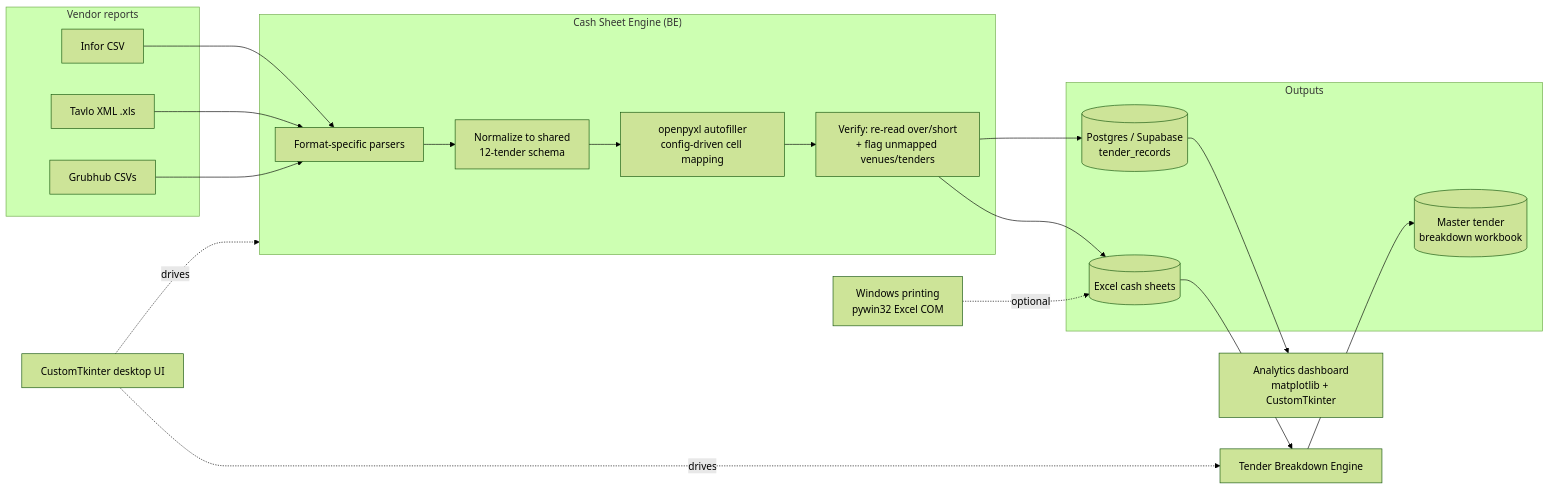
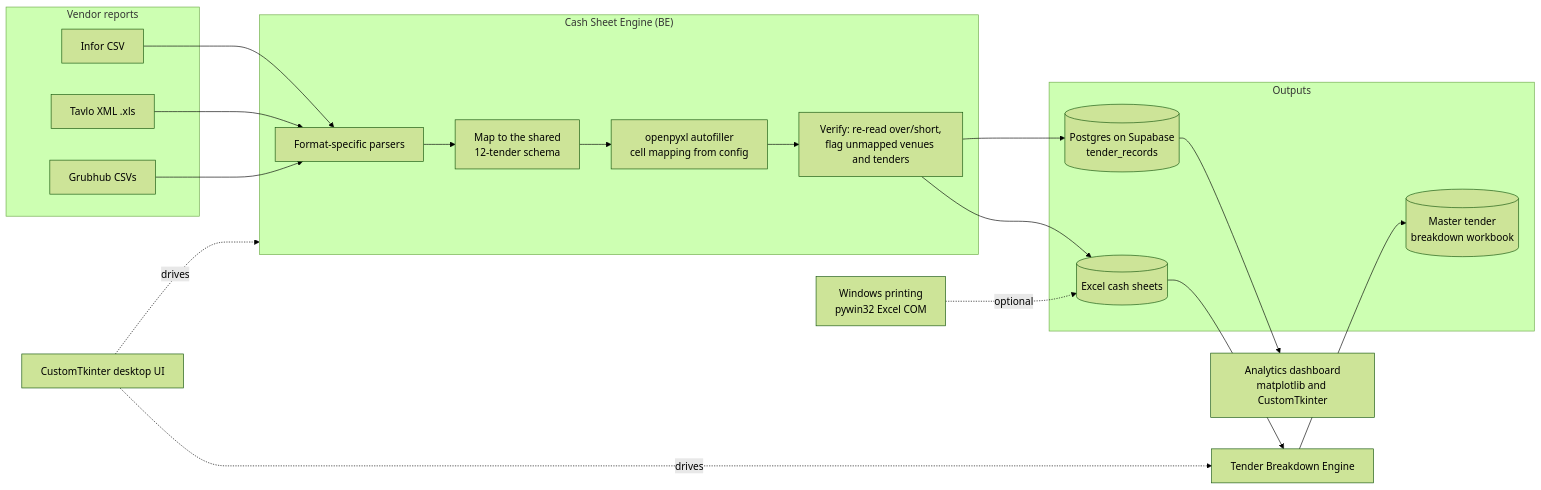
Before and after one commit to Seaw24/chartwells_automation: the diagram in README.md, drawn with Mermaid (forest theme). The commit also changed other lines of this file, not shown here.

````diff
--- a/README.md
+++ b/README.md
@@ -50,29 +54,29 @@
 ```mermaid
 flowchart LR
     subgraph Sources["Vendor reports"]
         I[Infor CSV]
         T[Tavlo XML .xls]
         G[Grubhub CSVs]
     end
 
     subgraph Engine["Cash Sheet Engine (BE)"]
         P[Format-specific parsers]
-        N["Normalize to shared<br/>12-tender schema"]
-        F["openpyxl autofiller<br/>config-driven cell mapping"]
-        V["Verify: re-read over/short<br/>+ flag unmapped venues/tenders"]
+        N["Map to the shared<br/>12-tender schema"]
+        F["openpyxl autofiller<br/>cell mapping from config"]
+        V["Verify: re-read over/short,<br/>flag unmapped venues and tenders"]
     end
 
     subgraph Outputs
         CS[(Excel cash sheets)]
         TB[("Master tender<br/>breakdown workbook")]
-        DB[("Postgres / Supabase<br/>tender_records")]
+        DB[("Postgres on Supabase<br/>tender_records")]
     end
 
     I & T & G --> P --> N --> F --> V --> CS
     CS --> TBE[Tender Breakdown Engine] --> TB
-    V --> DB --> A["Analytics dashboard<br/>matplotlib + CustomTkinter"]
+    V --> DB --> A["Analytics dashboard<br/>matplotlib and CustomTkinter"]
 
     UI[CustomTkinter desktop UI] -.drives.-> Engine
     UI -.drives.-> TBE
-    PR[Windows printing\npywin32 Excel COM] -.optional.-> CS
+    PR[Windows printing<br/>pywin32 Excel COM] -.optional.-> CS
 ```
````
